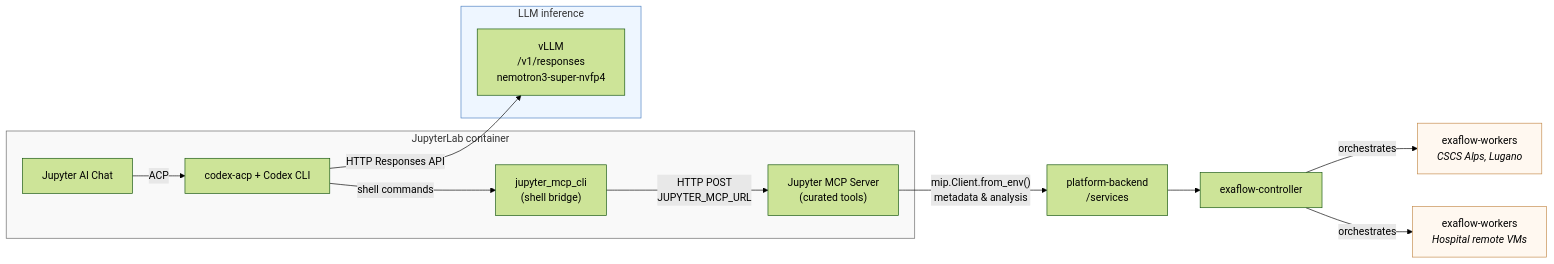
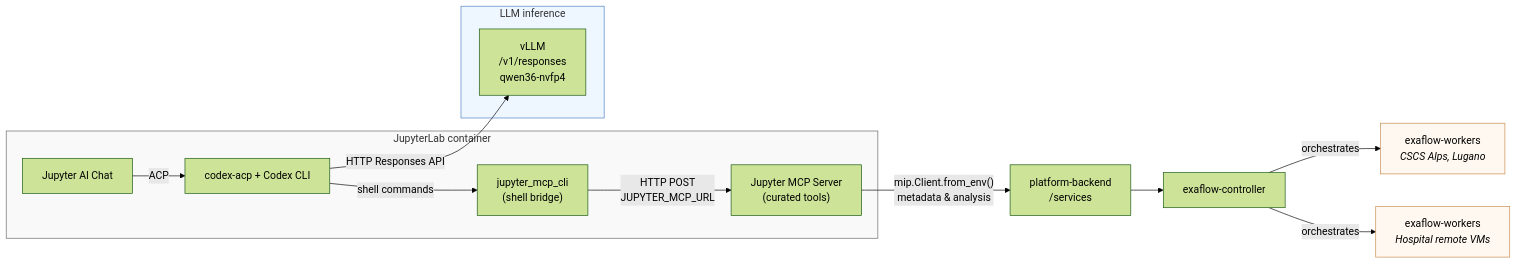
The diagram in docs/jupyter-ai-architecture.md (madgik/mip-jupyter), drawn with Mermaid (forest theme) before and after one commit. The commit also changed other lines of this file and 26 other files, not shown here.

First line of the commit message:
feat(jupyter-ai): switch to Qwen vLLM model and simplify scratch workflow

````diff
--- a/docs/jupyter-ai-architecture.md
+++ b/docs/jupyter-ai-architecture.md
@@ -8,33 +8,33 @@
 ```mermaid
 flowchart LR
     subgraph JL["JupyterLab container"]
         Chat["Jupyter AI Chat"]
         MCP["Jupyter MCP Server<br/>(curated tools)"]
         Codex["codex-acp + Codex CLI"]
         CLI["jupyter_mcp_cli<br/>(shell bridge)"]
 
         Chat -->|"ACP"| Codex
         Codex -->|"shell commands"| CLI
         CLI -->|"HTTP POST<br/>JUPYTER_MCP_URL"| MCP
     end
 
     Backend["platform-backend<br/>/services"]
     Controller["exaflow-controller"]
     CSCSW["exaflow-workers<br/><i>CSCS Alps, Lugano</i>"]
     HW["exaflow-workers<br/><i>Hospital remote VMs</i>"]
 
     subgraph LLM["LLM inference"]
-        VLLM["vLLM<br/>/v1/responses<br/>nemotron3-super-nvfp4"]
+        VLLM["vLLM<br/>/v1/responses<br/>qwen36-nvfp4"]
     end
 
     MCP -->|"mip.Client.from_env()<br/>metadata & analysis"| Backend
     Backend --> Controller
     Controller -->|"orchestrates"| CSCSW
     Controller -->|"orchestrates"| HW
     Codex -->|"HTTP Responses API"| VLLM
 
     style JL fill:#f9f9f9,stroke:#666
     style LLM fill:#eef6ff,stroke:#4a7fc1
     style CSCSW fill:#fff8f0,stroke:#c48a4a
     style HW fill:#fff8f0,stroke:#c48a4a
 ```
````
